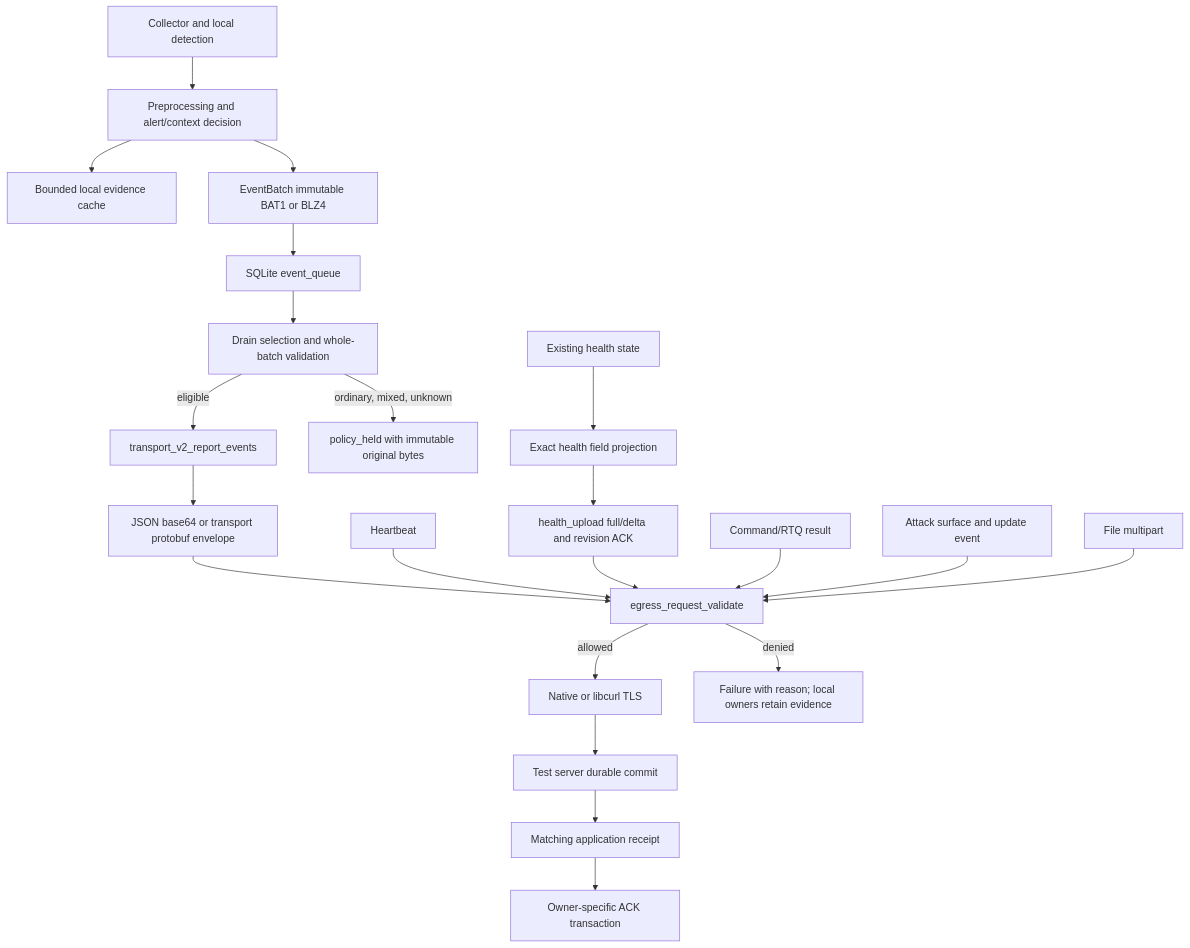
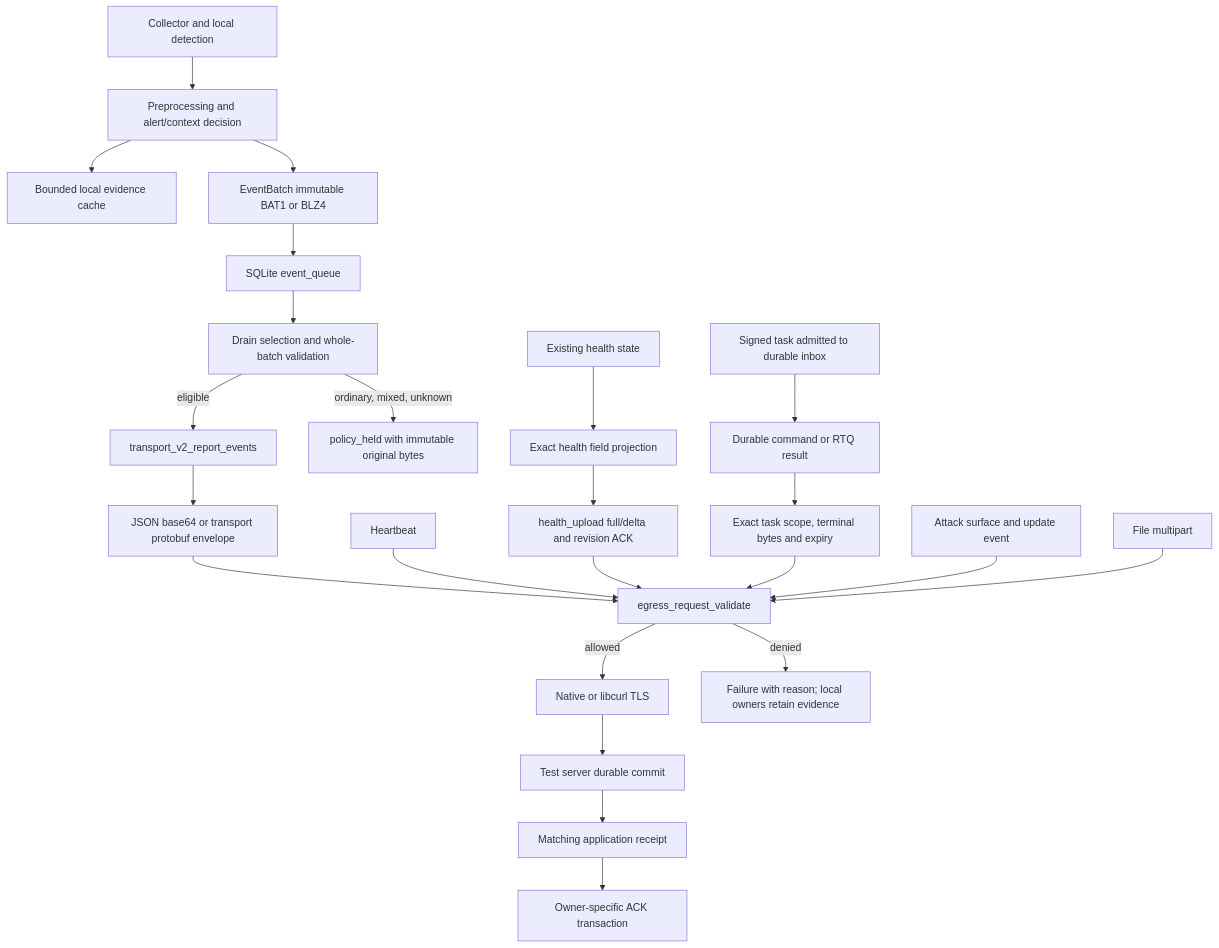
One commit to qiuxinliang/edr-agent changed the diagram in docs/telemetry/egress_policy_v1.md. Above: the diagram before and after it, drawn with Mermaid. The commit also changed other lines of this file and 19 other files, not shown here.

First line of the commit message:
fix(commands): authorize bounded durable task result egress

````diff
--- a/docs/telemetry/egress_policy_v1.md
+++ b/docs/telemetry/egress_policy_v1.md
@@ -16,24 +23,26 @@
 ```mermaid
 flowchart TD
   collector[Collector and local detection] --> preprocess[Preprocessing and alert/context decision]
   preprocess --> cache[Bounded local evidence cache]
   preprocess --> batch[EventBatch immutable BAT1 or BLZ4]
   batch --> durable[SQLite event_queue]
   durable --> select[Drain selection and whole-batch validation]
   select -->|eligible| v2[transport_v2_report_events]
   select -->|ordinary, mixed, unknown| held[policy_held with immutable original bytes]
   v2 --> envelope[JSON base64 or transport protobuf envelope]
   envelope --> guard[egress_request_validate]
   heartbeat[Heartbeat] --> guard
   health[Existing health state] --> projection[Exact health field projection]
   projection --> delta[health_upload full/delta and revision ACK]
   delta --> guard
-  command[Command/RTQ result] --> guard
+  admitted[Signed task admitted to durable inbox] --> result[Durable command or RTQ result]
+  result --> owner[Exact task scope, terminal bytes and expiry]
+  owner --> guard
   inventory[Attack surface and update event] --> guard
   attachment[File multipart] --> guard
   guard -->|allowed| network[Native or libcurl TLS]
   guard -->|denied| local[Failure with reason; local owners retain evidence]
   network --> server[Test server durable commit]
   server --> receipt[Matching application receipt]
   receipt --> ack[Owner-specific ACK transaction]
 ```
````
